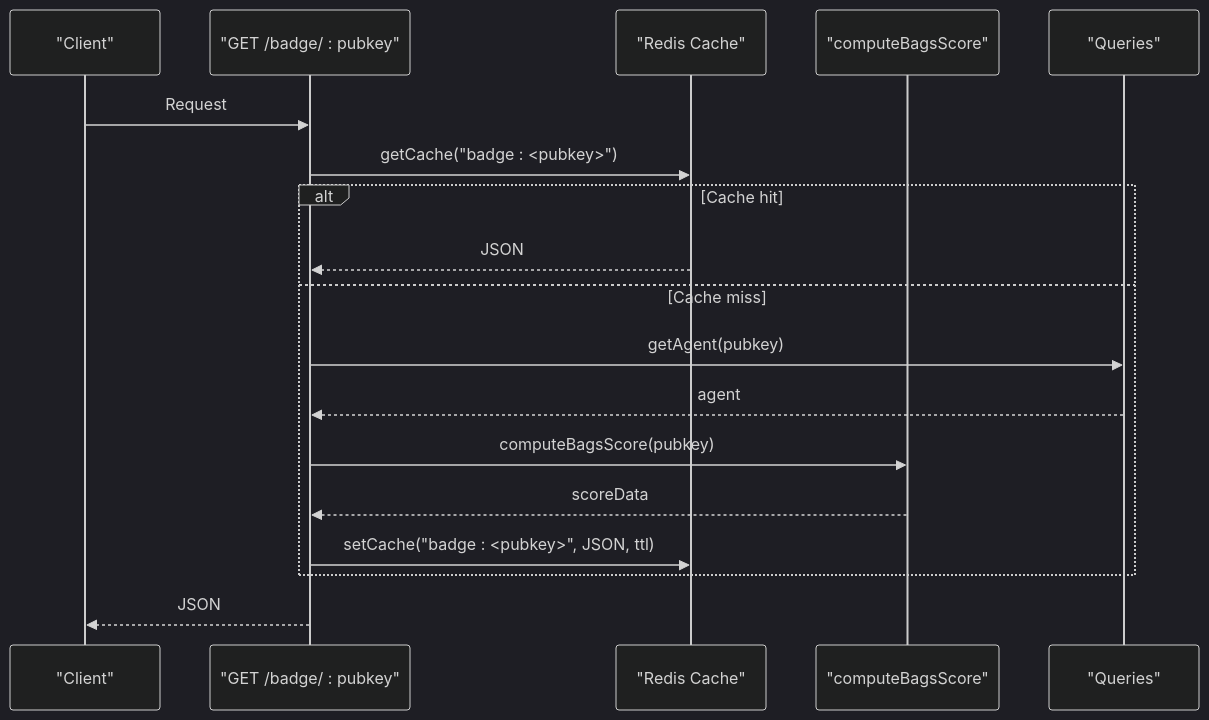
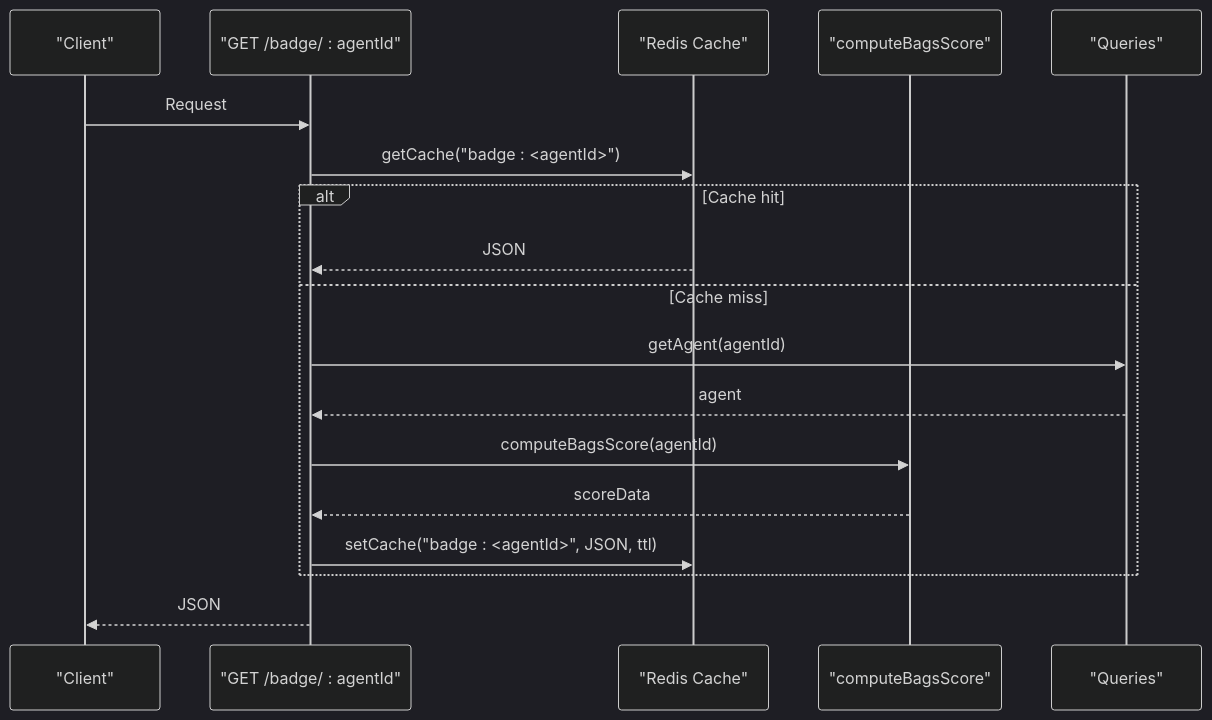
Before and after one commit to RunTimeAdmin/AgentID: the fifth of 6 diagrams in .qoder/repowiki/en/content/Api Reference.md, drawn with Mermaid (dark theme). The commit also changed other lines of this file and 31 other files, not shown here.

````diff
--- a/.qoder/repowiki/en/content/Api Reference.md
+++ b/.qoder/repowiki/en/content/Api Reference.md
@@ -425,20 +420,20 @@
 ```mermaid
 sequenceDiagram
 participant Client as "Client"
-participant Badge as "GET /badge/ : pubkey"
+participant Badge as "GET /badge/ : agentId"
 participant Cache as "Redis Cache"
 participant Rep as "computeBagsScore"
 participant DB as "Queries"
 Client->>Badge : Request
-Badge->>Cache : getCache("badge : <pubkey>")
+Badge->>Cache : getCache("badge : <agentId>")
 alt Cache hit
 Cache-->>Badge : JSON
 else Cache miss
-Badge->>DB : getAgent(pubkey)
+Badge->>DB : getAgent(agentId)
 DB-->>Badge : agent
-Badge->>Rep : computeBagsScore(pubkey)
+Badge->>Rep : computeBagsScore(agentId)
 Rep-->>Badge : scoreData
-Badge->>Cache : setCache("badge : <pubkey>", JSON, ttl)
+Badge->>Cache : setCache("badge : <agentId>", JSON, ttl)
 end
 Badge-->>Client : JSON
 ```
````
